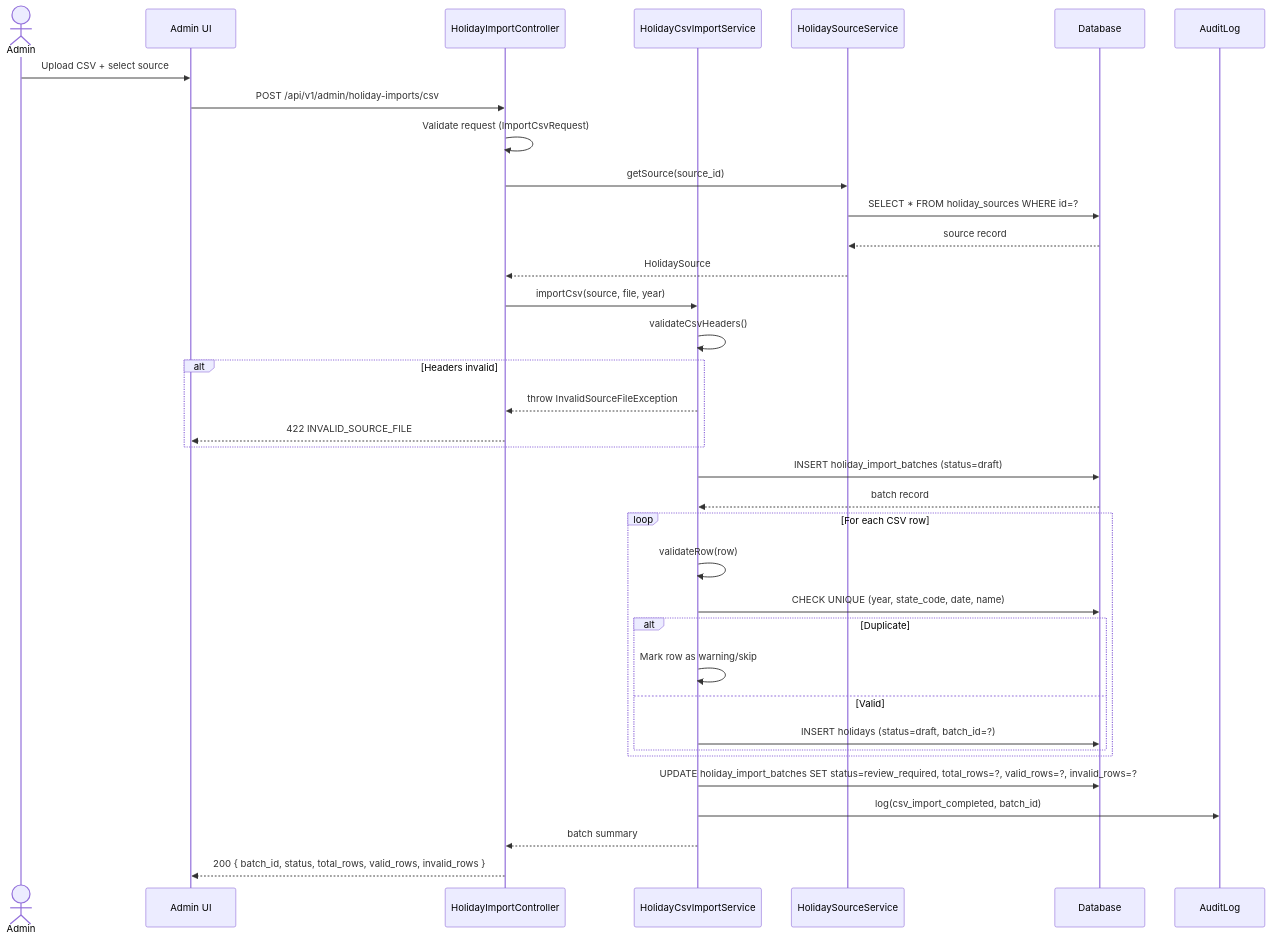
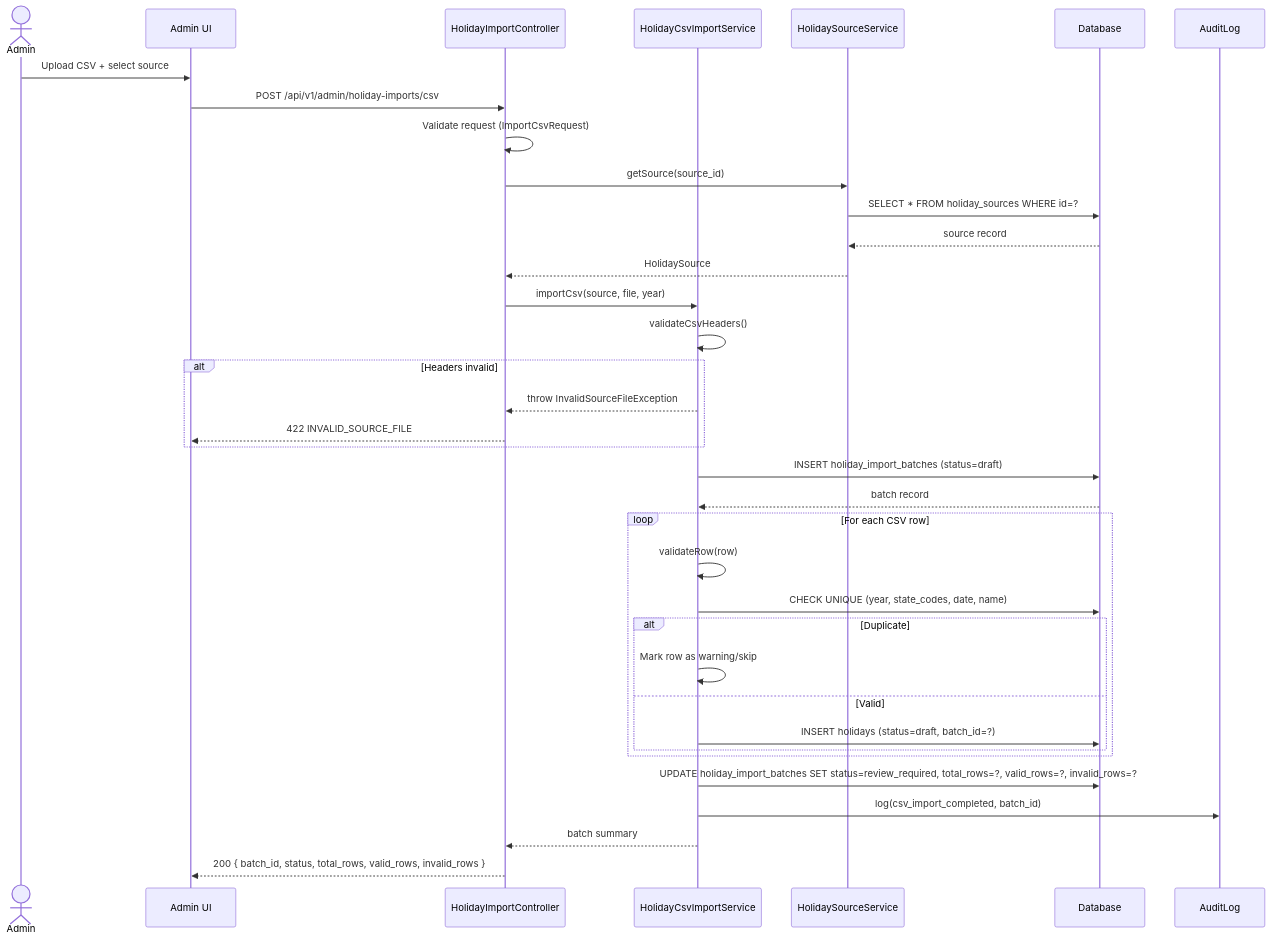
One commit to DyDxdYdX/malaysia-holiday-api changed the first of 7 diagrams in docs/04-sequence-diagrams.md. Above: the diagram before and after it, drawn with Mermaid. The commit also changed other lines of this file and 31 other files, not shown here.

````diff
--- a/docs/04-sequence-diagrams.md
+++ b/docs/04-sequence-diagrams.md
@@ -5,44 +5,44 @@
 ```mermaid
 sequenceDiagram
     actor Admin
     participant UI as Admin UI
     participant SC as HolidayImportController
     participant IMP as HolidayCsvImportService
     participant HSS as HolidaySourceService
     participant DB as Database
     participant AL as AuditLog
 
     Admin->>UI: Upload CSV + select source
     UI->>SC: POST /api/v1/admin/holiday-imports/csv
     SC->>SC: Validate request (ImportCsvRequest)
     SC->>HSS: getSource(source_id)
     HSS->>DB: SELECT * FROM holiday_sources WHERE id=?
     DB-->>HSS: source record
     HSS-->>SC: HolidaySource
 
     SC->>IMP: importCsv(source, file, year)
     IMP->>IMP: validateCsvHeaders()
     alt Headers invalid
         IMP-->>SC: throw InvalidSourceFileException
         SC-->>UI: 422 INVALID_SOURCE_FILE
     end
 
     IMP->>DB: INSERT holiday_import_batches (status=draft)
     DB-->>IMP: batch record
 
     loop For each CSV row
         IMP->>IMP: validateRow(row)
-        IMP->>DB: CHECK UNIQUE (year, state_code, date, name)
+        IMP->>DB: CHECK UNIQUE (year, state_codes, date, name)
         alt Duplicate
             IMP->>IMP: Mark row as warning/skip
         else Valid
             IMP->>DB: INSERT holidays (status=draft, batch_id=?)
         end
     end
 
     IMP->>DB: UPDATE holiday_import_batches SET status=review_required, total_rows=?, valid_rows=?, invalid_rows=?
     IMP->>AL: log(csv_import_completed, batch_id)
     IMP-->>SC: batch summary
 
     SC-->>UI: 200 { batch_id, status, total_rows, valid_rows, invalid_rows }
 ```
````
